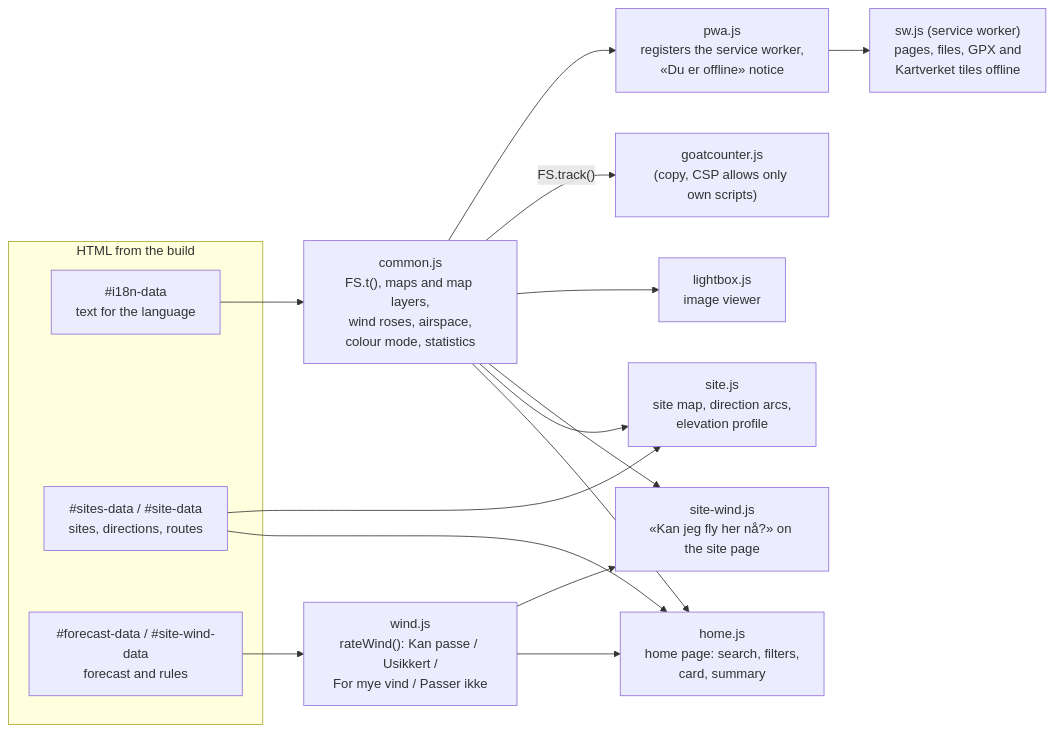
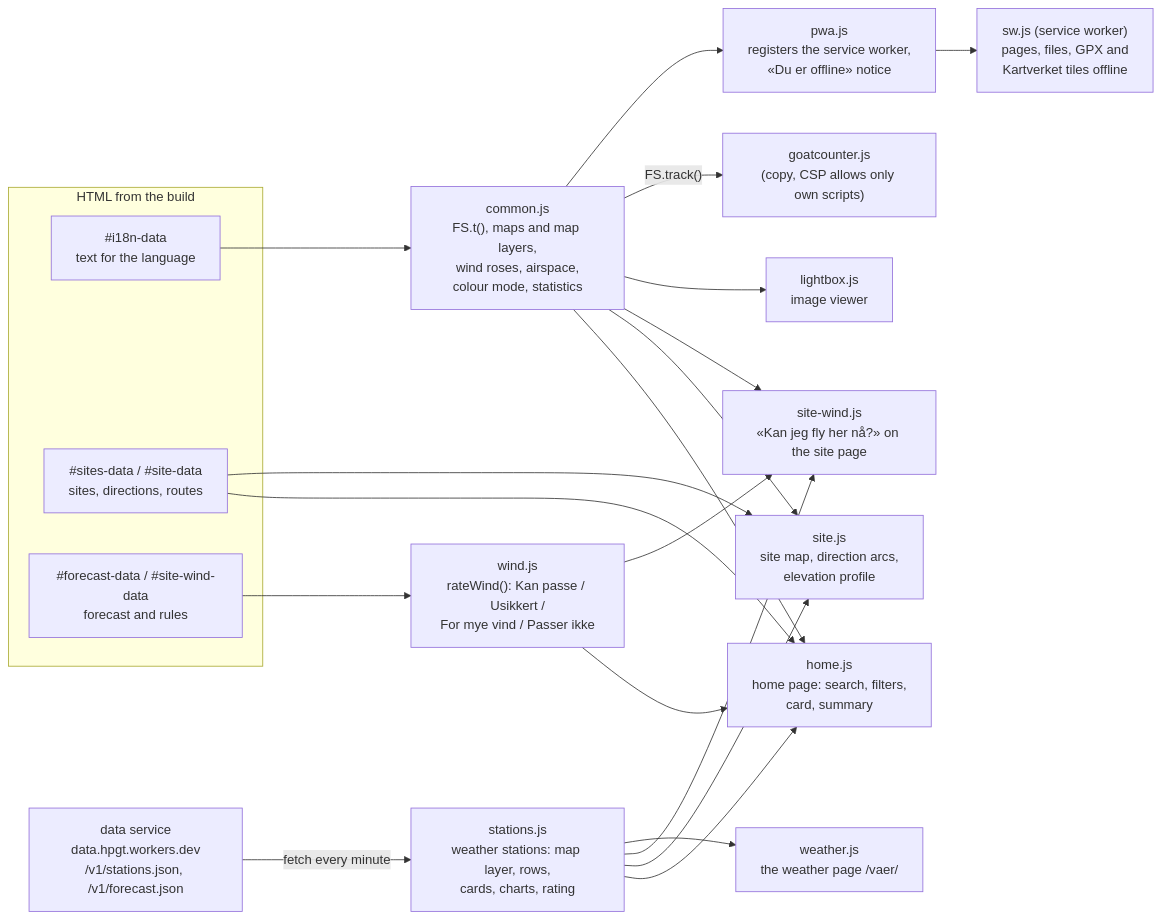
The third of 6 diagrams in docs/architecture.md (hpgt-com/flying-sites), drawn with Mermaid before and after one commit. The commit also changed other lines of this file and 3 other files, not shown here.

First line of the commit message:
Docs: weather stations, weather page, «Nå» from the station, archives

````diff
--- a/docs/architecture.md
+++ b/docs/architecture.md
@@ -116,25 +116,29 @@
 ```mermaid
 flowchart LR
   subgraph page["HTML from the build"]
     j1["#i18n-data<br/>text for the language"]
     j2["#sites-data / #site-data<br/>sites, directions, routes"]
     j3["#forecast-data / #site-wind-data<br/>forecast and rules"]
   end
 
   common["common.js<br/>FS.t(), maps and map layers,<br/>wind roses, airspace,<br/>colour mode, statistics"]
   wind["wind.js<br/>rateWind(): Kan passe / Usikkert /<br/>For mye vind / Passer ikke"]
   home["home.js<br/>home page: search, filters,<br/>card, summary"]
   site["site.js<br/>site map, direction arcs,<br/>elevation profile"]
   sitewind["site-wind.js<br/>«Kan jeg fly her nå?» on the site page"]
+  stations["stations.js<br/>weather stations: map layer, rows,<br/>cards, charts, rating"]
+  weather["weather.js<br/>the weather page /vaer/"]
+  data["data service<br/>data.hpgt.workers.dev<br/>/v1/stations.json, /v1/forecast.json"]
   lightbox["lightbox.js<br/>image viewer"]
   goat["goatcounter.js<br/>(copy, CSP allows only own scripts)"]
   pwa["pwa.js<br/>registers the service worker,<br/>«Du er offline» notice"]
   sw["sw.js (service worker)<br/>pages, files, GPX and<br/>Kartverket tiles offline"]
 
   j1 --> common
   common --> home & site & sitewind & lightbox
   j2 --> home & site
   j3 --> wind --> home & sitewind
+  data -- "fetch every minute" --> stations --> home & site & sitewind & weather
   common -- "FS.track()" --> goat
   common --> pwa --> sw
 ```
````
